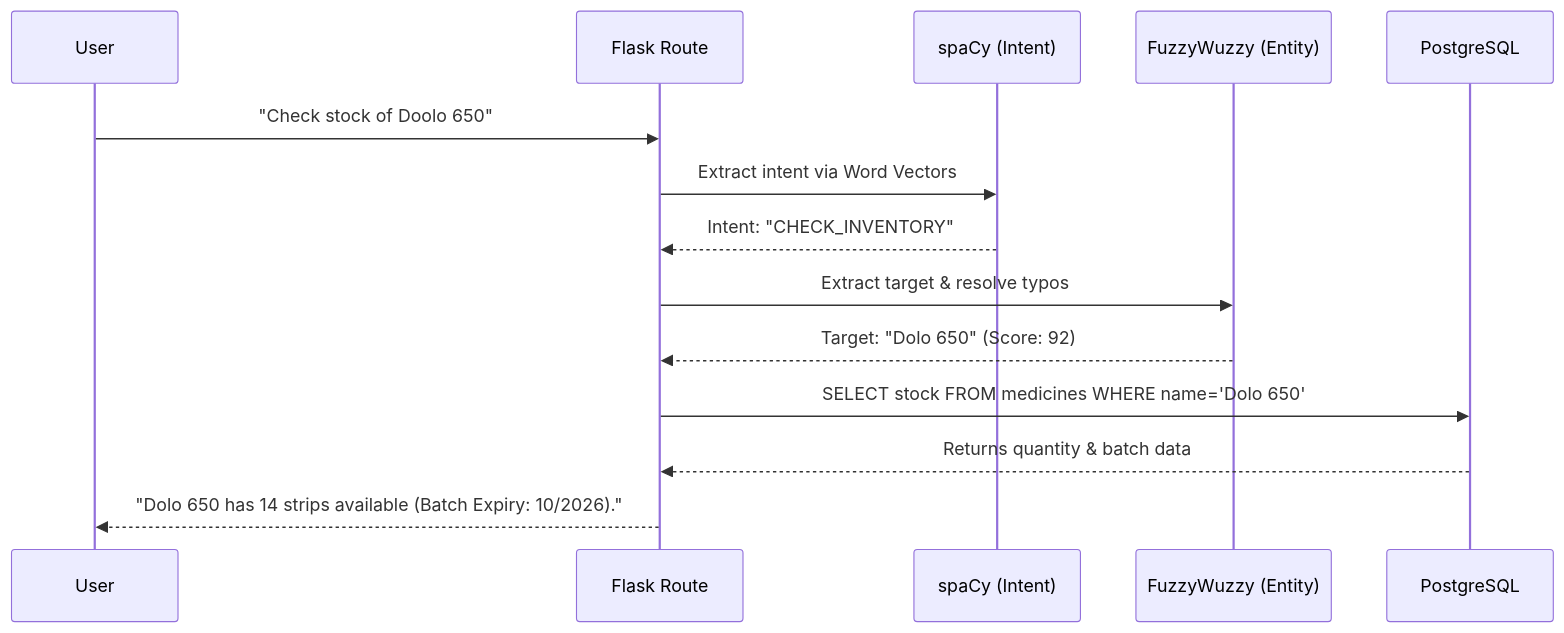
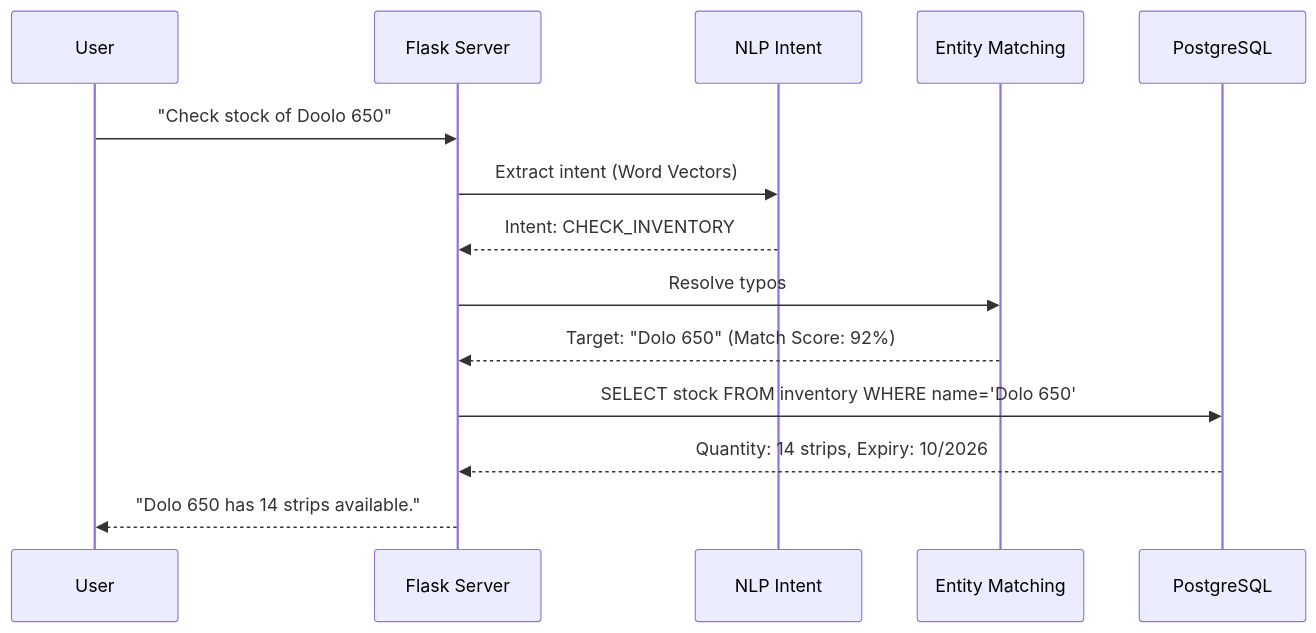
One commit to MBTeja122/Pharmacy-management-DBMS changed the second of 2 diagrams in README.md. Above: the diagram before and after it, drawn with Mermaid. The commit also changed other lines of this file, not shown here.

````diff
--- a/README.md
+++ b/README.md
@@ -79,17 +102,17 @@
 ```mermaid
 sequenceDiagram
     participant User
-    participant FlaskRoute as Flask Route
-    participant spaCy as spaCy (Intent)
-    participant FuzzyWuzzy as FuzzyWuzzy (Entity)
-    participant PostgreSQL
+    participant App as Flask Server
+    participant spaCy as NLP Intent
+    participant Fuzzy as Entity Matching
+    participant DB as PostgreSQL
 
-    User->>FlaskRoute: "Check stock of Doolo 650"
-    FlaskRoute->>spaCy: Extract intent via Word Vectors
-    spaCy-->>FlaskRoute: Intent: "CHECK_INVENTORY"
-    FlaskRoute->>FuzzyWuzzy: Extract target & resolve typos
-    FuzzyWuzzy-->>FlaskRoute: Target: "Dolo 650" (Score: 92)
-    FlaskRoute->>PostgreSQL: SELECT stock FROM medicines WHERE name='Dolo 650'
-    PostgreSQL-->>FlaskRoute: Returns quantity & batch data
-    FlaskRoute-->>User: "Dolo 650 has 14 strips available (Batch Expiry: 10/2026)."
+    User->>App: "Check stock of Doolo 650"
+    App->>spaCy: Extract intent (Word Vectors)
+    spaCy-->>App: Intent: CHECK_INVENTORY
+    App->>Fuzzy: Resolve typos
+    Fuzzy-->>App: Target: "Dolo 650" (Match Score: 92%)
+    App->>DB: SELECT stock FROM inventory WHERE name='Dolo 650'
+    DB-->>App: Quantity: 14 strips, Expiry: 10/2026
+    App-->>User: "Dolo 650 has 14 strips available."
 ```
````
